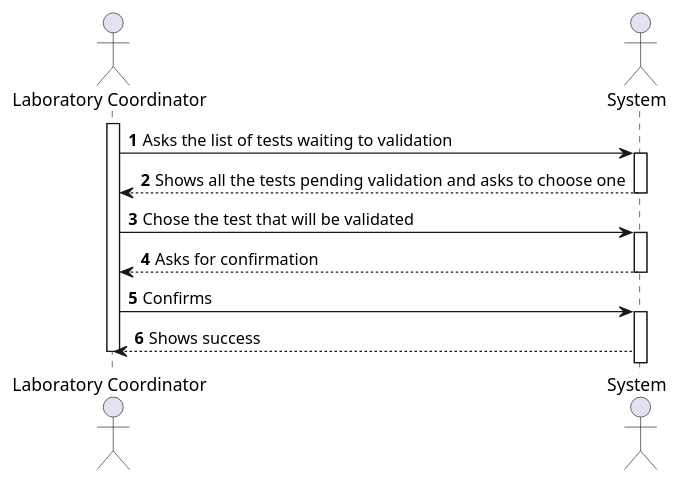
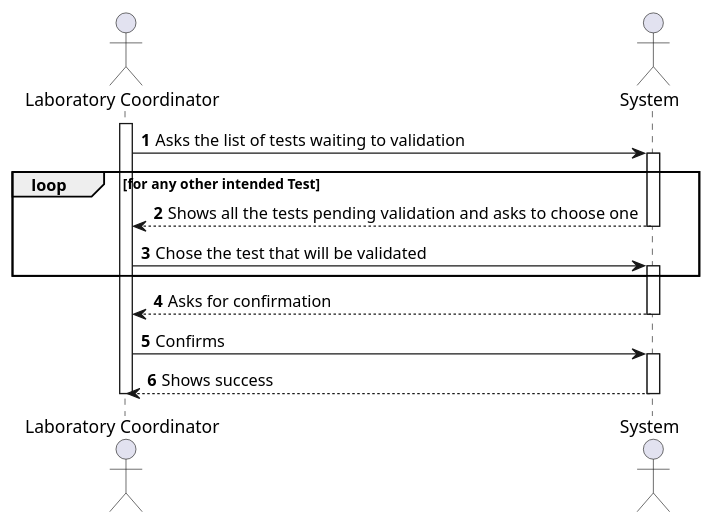
One commit to MarianaCLages/LAPR2 changed the diagram in docs/SprintC/US15/US15_SSD.puml. Above: the diagram before and after it, drawn with PlantUML. The commit also changed 2 other files, not shown here.

```diff
--- a/docs/SprintC/US15/US15_SSD.puml
+++ b/docs/SprintC/US15/US15_SSD.puml
@@ -1,20 +1,24 @@
 @startuml
 'https://plantuml.com/sequence-diagram
 autonumber
 actor "Laboratory Coordinator" as lc
 actor "System" as SYS
 activate lc
 lc -> SYS: Asks the list of tests waiting to validation
+
+loop for any other intended Test
 activate SYS
 SYS --> lc: Shows all the tests pending validation and asks to choose one
 deactivate SYS
 lc -> SYS: Chose the test that will be validated
 activate SYS
+end
 SYS --> lc: Asks for confirmation
 deactivate SYS
 lc -> SYS : Confirms
 activate SYS
 SYS --> lc: Shows success
+deactivate SYS
 deactivate lc
 
 @enduml
```
